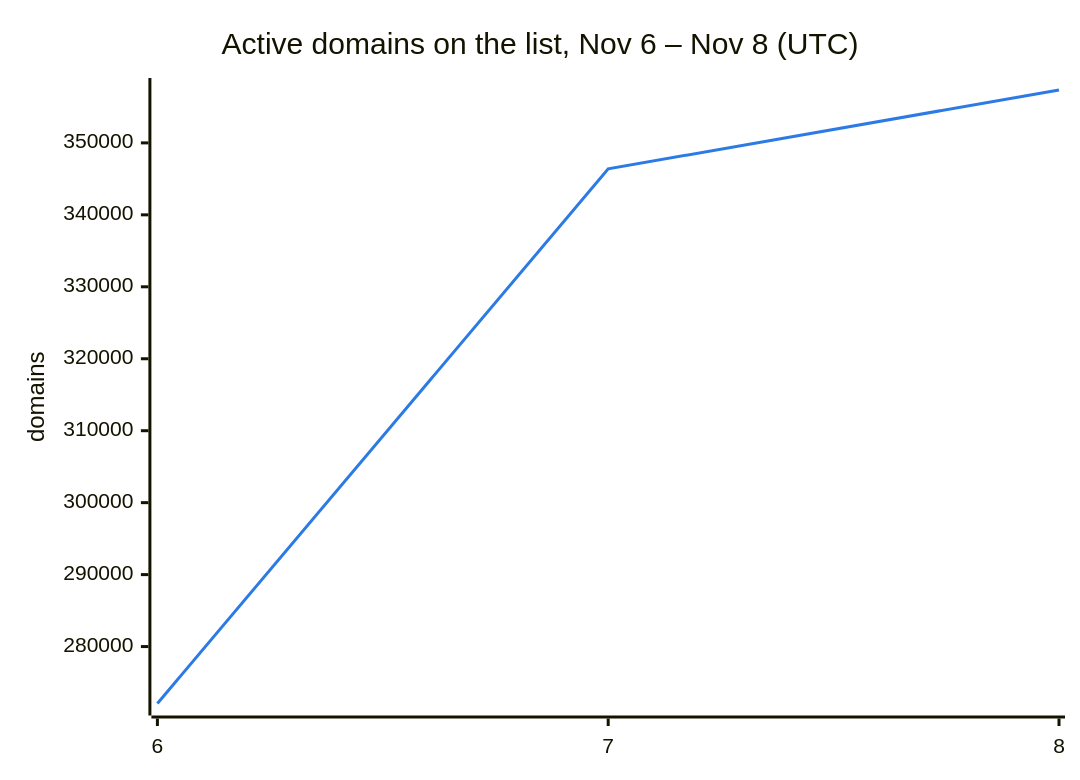
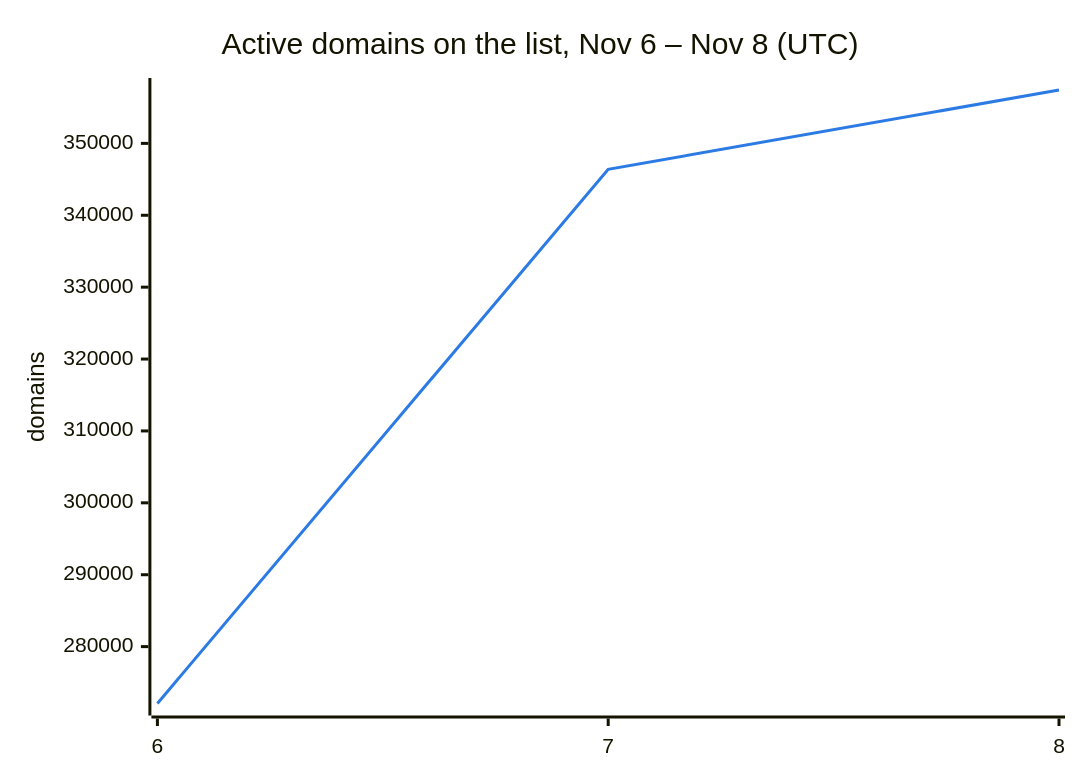
The second of 3 diagrams in README.md (DNSBunker/CTI), drawn with Mermaid before and after one commit. The commit also changed other lines of this file and 3 other files, not shown here.

````diff
--- a/README.md
+++ b/README.md
@@ -38,8 +38,8 @@
 ```mermaid
 %%{init: {"themeVariables": {"xyChart": {"plotColorPalette": "#2c7be5"}}}}%%
 xychart-beta
     title "Active domains on the list, Nov 6 – Nov 8 (UTC)"
     x-axis ["6", "7", "8"]
     y-axis "domains"
-    line [272088, 346388, 357350]
+    line [272088, 346388, 357425]
 ```
````
